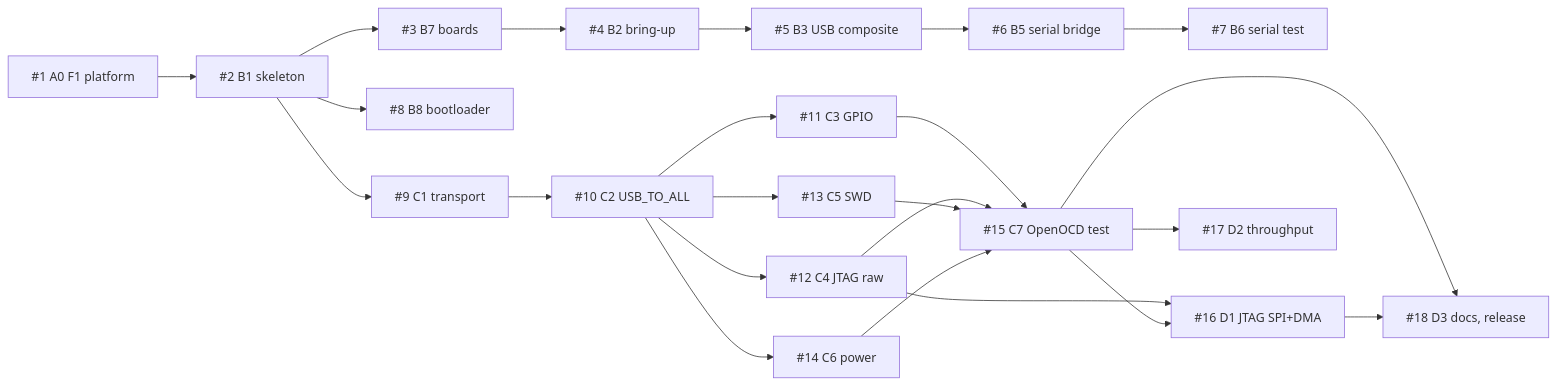
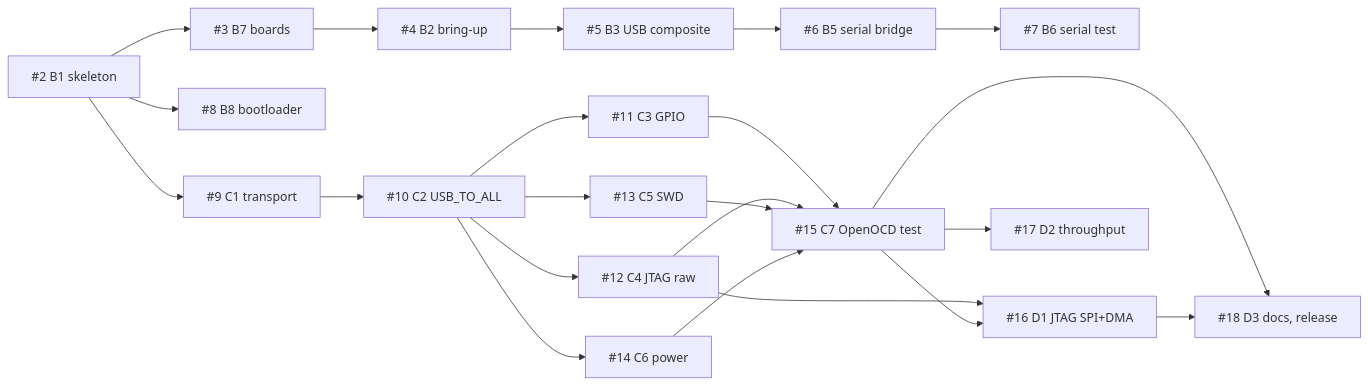
One commit to OpenMUPP/OpenMUPP changed the diagram in docs/plan.md. Above: the diagram before and after it, drawn with Mermaid. The commit also changed other lines of this file, not shown here.

````diff
--- a/docs/plan.md
+++ b/docs/plan.md
@@ -72,25 +72,24 @@
 ```mermaid
 flowchart LR
-    A0["#1 A0 F1 platform"] --> B1["#2 B1 skeleton"]
-    B1 --> B7["#3 B7 boards"]
+    B1["#2 B1 skeleton"] --> B7["#3 B7 boards"]
     B7 --> B2["#4 B2 bring-up"]
     B2 --> B3["#5 B3 USB composite"]
     B3 --> B5["#6 B5 serial bridge"]
     B5 --> B6["#7 B6 serial test"]
     B1 --> B8["#8 B8 bootloader"]
     B1 --> C1["#9 C1 transport"]
     C1 --> C2["#10 C2 USB_TO_ALL"]
     C2 --> C3["#11 C3 GPIO"]
     C2 --> C4["#12 C4 JTAG raw"]
     C2 --> C5["#13 C5 SWD"]
     C2 --> C6["#14 C6 power"]
     C3 --> C7["#15 C7 OpenOCD test"]
     C4 --> C7
     C5 --> C7
     C6 --> C7
     C4 --> D1["#16 D1 JTAG SPI+DMA"]
     C7 --> D1
     C7 --> D2["#17 D2 throughput"]
     C7 --> D3["#18 D3 docs, release"]
     D1 --> D3
 ```
````
